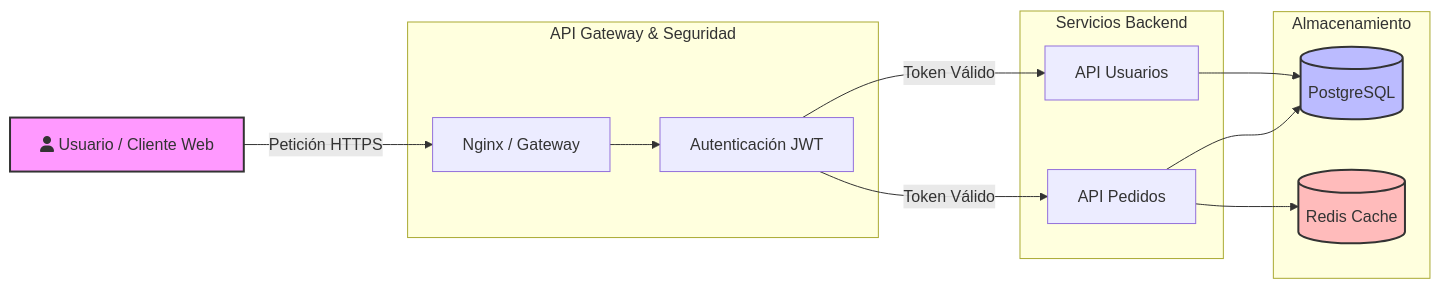
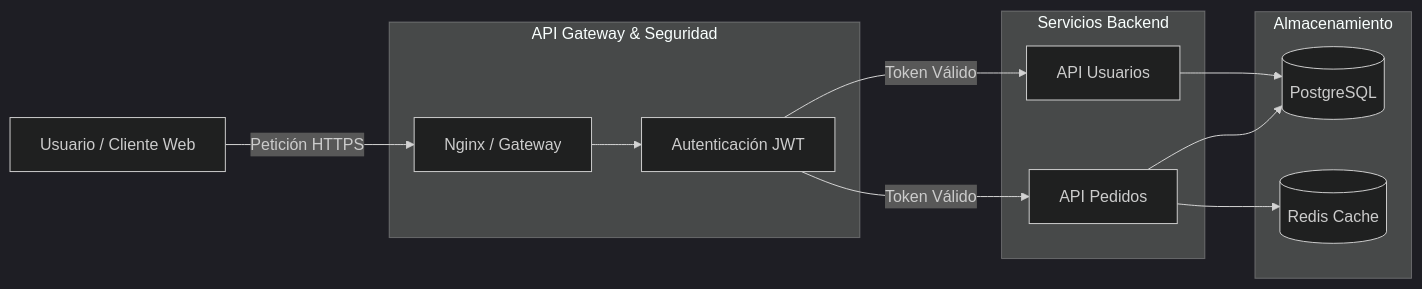
The diagram in diagrama1.md (tuChaski/go-tacna-backend), drawn with Mermaid before and after one commit.

Commit message:
Refactor diagram comments and remove styles prueba 4
Updated comments and removed visual styles for components in the diagram.

````diff
--- a/diagrama1.md
+++ b/diagrama1.md
@@ -1,37 +1,32 @@
 ```mermaid
+%%{init: {'theme': 'dark'}}%%
 flowchart LR
-    %% Definición de estilos y subgrafos (Capas)
+    %% Definición de subgrafos (Capas)
     subgraph Capa_Seguridad [API Gateway & Seguridad]
         gateway[Nginx / Gateway]
         auth[Autenticación JWT]
     end
 
     subgraph Capa_Backend [Servicios Backend]
         api_pedidos[API Pedidos]
         api_usuarios[API Usuarios]
     end
 
     subgraph Capa_Datos [Almacenamiento]
         db_principal[(PostgreSQL)]
         db_cache[(Redis Cache)]
     end
 
-    %% Componentes Externos
-    usuario[fa:fa-user Usuario / Cliente Web]
+    %% Componente Cliente sin estilos conflictivos
+    usuario[Usuario / Cliente Web]
 
-    %% Flujos y Conexiones del Sistema
+    %% Flujos y Conexiones
     usuario -- Petición HTTPS --> gateway
     gateway --> auth
     auth -- Token Válido --> api_pedidos
     auth -- Token Válido --> api_usuarios
     
     api_pedidos --> db_principal
     api_usuarios --> db_principal
     api_pedidos --> db_cache
-
-    %% Estilos Visuales para GitHub
-    style usuario fill:#f9f,stroke:#333,stroke-width:2px
-    style db_principal fill:#bbf,stroke:#333,stroke-width:2px
-    style db_cache fill:#fbb,stroke:#333,stroke-width:2px
-
 ```
````
